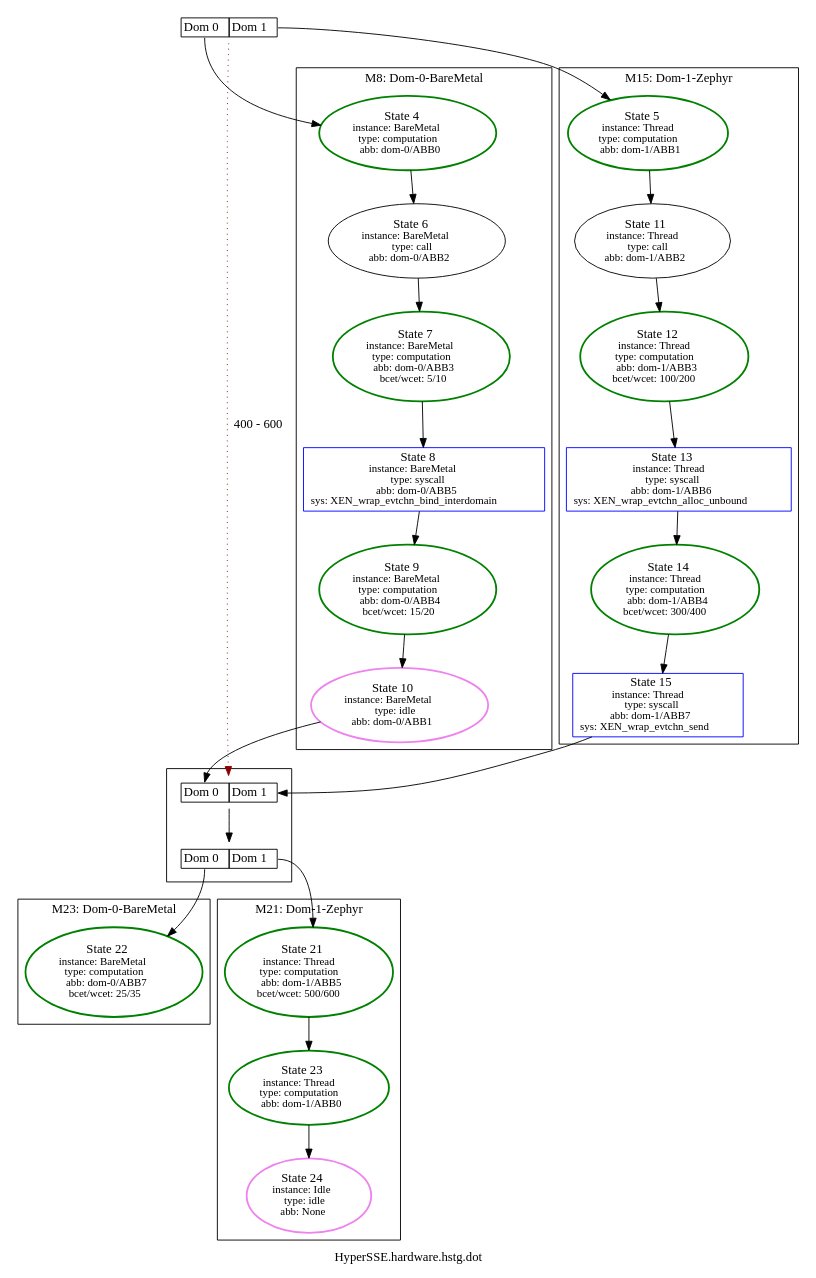
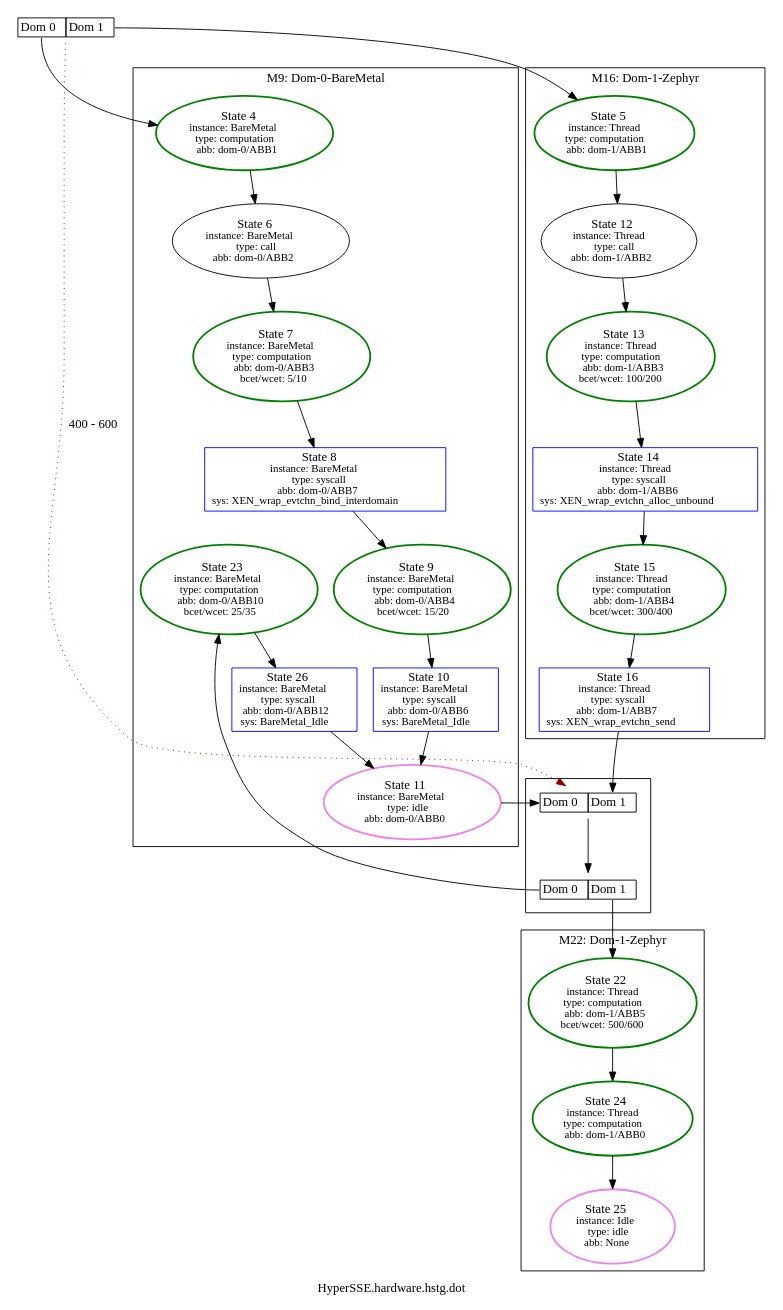
The diagram in appl/Xen/hardware/HyperSSE.hardware.hstg.dot (luhsra/ara), drawn with Graphviz before and after one commit. The commit also changed 6 other files, not shown here.

Commit message:
BareMetal: rework Callback context, fix tests

```diff
--- a/appl/Xen/hardware/HyperSSE.hardware.hstg.dot
+++ b/appl/Xen/hardware/HyperSSE.hardware.hstg.dot
@@ -1,62 +1,63 @@
 digraph G {
 label="HyperSSE.hardware.hstg.dot";
 1 [label=<<TABLE BORDER="0" CELLBORDER="1" CELLSPACING="0"><TR><TD PORT="c0">Dom 0</TD><TD PORT="c1">Dom 1</TD></TR></TABLE>>, shape=plaintext, tooltip=1];
-subgraph cluster_8 {
-label="M8: Dom-0-BareMetal";
-2 [color=green, fontsize=14, label=<State 4<br/><font point-size='12'>instance: BareMetal<br/>type: computation<br/>abb: dom-0/ABB0</font>>, style=bold, tooltip=2];
+subgraph cluster_9 {
+label="M9: Dom-0-BareMetal";
+2 [color=green, fontsize=14, label=<State 4<br/><font point-size='12'>instance: BareMetal<br/>type: computation<br/>abb: dom-0/ABB1</font>>, style=bold, tooltip=2];
 3 [fontsize=14, label=<State 6<br/><font point-size='12'>instance: BareMetal<br/>type: call<br/>abb: dom-0/ABB2</font>>, tooltip=3];
 4 [color=green, fontsize=14, label=<State 7<br/><font point-size='12'>instance: BareMetal<br/>type: computation<br/>abb: dom-0/ABB3<br/>bcet/wcet: 5/10</font>>, style=bold, tooltip=4];
-5 [color=blue, fontsize=14, label=<State 8<br/><font point-size='12'>instance: BareMetal<br/>type: syscall<br/>abb: dom-0/ABB5<br/>sys: XEN_wrap_evtchn_bind_interdomain</font>>, shape=box, tooltip=5];
+5 [color=blue, fontsize=14, label=<State 8<br/><font point-size='12'>instance: BareMetal<br/>type: syscall<br/>abb: dom-0/ABB7<br/>sys: XEN_wrap_evtchn_bind_interdomain</font>>, shape=box, tooltip=5];
 6 [color=green, fontsize=14, label=<State 9<br/><font point-size='12'>instance: BareMetal<br/>type: computation<br/>abb: dom-0/ABB4<br/>bcet/wcet: 15/20</font>>, style=bold, tooltip=6];
-7 [color=violet, fontsize=14, label=<State 10<br/><font point-size='12'>instance: BareMetal<br/>type: idle<br/>abb: dom-0/ABB1</font>>, style=bold, tooltip=7];
+7 [color=blue, fontsize=14, label=<State 10<br/><font point-size='12'>instance: BareMetal<br/>type: syscall<br/>abb: dom-0/ABB6<br/>sys: BareMetal_Idle</font>>, shape=box, tooltip=7];
+8 [color=violet, fontsize=14, label=<State 11<br/><font point-size='12'>instance: BareMetal<br/>type: idle<br/>abb: dom-0/ABB0</font>>, style=bold, tooltip=8];
+24 [color=blue, fontsize=14, label=<State 26<br/><font point-size='12'>instance: BareMetal<br/>type: syscall<br/>abb: dom-0/ABB12<br/>sys: BareMetal_Idle</font>>, shape=box, tooltip=24];
+23 [color=green, fontsize=14, label=<State 23<br/><font point-size='12'>instance: BareMetal<br/>type: computation<br/>abb: dom-0/ABB10<br/>bcet/wcet: 25/35</font>>, style=bold, tooltip=23];
 }
 
-subgraph cluster_15 {
-label="M15: Dom-1-Zephyr";
-9 [color=green, fontsize=14, label=<State 5<br/><font point-size='12'>instance: Thread<br/>type: computation<br/>abb: dom-1/ABB1</font>>, style=bold, tooltip=9];
-10 [fontsize=14, label=<State 11<br/><font point-size='12'>instance: Thread<br/>type: call<br/>abb: dom-1/ABB2</font>>, tooltip=10];
-11 [color=green, fontsize=14, label=<State 12<br/><font point-size='12'>instance: Thread<br/>type: computation<br/>abb: dom-1/ABB3<br/>bcet/wcet: 100/200</font>>, style=bold, tooltip=11];
-12 [color=blue, fontsize=14, label=<State 13<br/><font point-size='12'>instance: Thread<br/>type: syscall<br/>abb: dom-1/ABB6<br/>sys: XEN_wrap_evtchn_alloc_unbound</font>>, shape=box, tooltip=12];
-13 [color=green, fontsize=14, label=<State 14<br/><font point-size='12'>instance: Thread<br/>type: computation<br/>abb: dom-1/ABB4<br/>bcet/wcet: 300/400</font>>, style=bold, tooltip=13];
-14 [color=blue, fontsize=14, label=<State 15<br/><font point-size='12'>instance: Thread<br/>type: syscall<br/>abb: dom-1/ABB7<br/>sys: XEN_wrap_evtchn_send</font>>, shape=box, tooltip=14];
+subgraph cluster_16 {
+label="M16: Dom-1-Zephyr";
+10 [color=green, fontsize=14, label=<State 5<br/><font point-size='12'>instance: Thread<br/>type: computation<br/>abb: dom-1/ABB1</font>>, style=bold, tooltip=10];
+11 [fontsize=14, label=<State 12<br/><font point-size='12'>instance: Thread<br/>type: call<br/>abb: dom-1/ABB2</font>>, tooltip=11];
+12 [color=green, fontsize=14, label=<State 13<br/><font point-size='12'>instance: Thread<br/>type: computation<br/>abb: dom-1/ABB3<br/>bcet/wcet: 100/200</font>>, style=bold, tooltip=12];
+13 [color=blue, fontsize=14, label=<State 14<br/><font point-size='12'>instance: Thread<br/>type: syscall<br/>abb: dom-1/ABB6<br/>sys: XEN_wrap_evtchn_alloc_unbound</font>>, shape=box, tooltip=13];
+14 [color=green, fontsize=14, label=<State 15<br/><font point-size='12'>instance: Thread<br/>type: computation<br/>abb: dom-1/ABB4<br/>bcet/wcet: 300/400</font>>, style=bold, tooltip=14];
+15 [color=blue, fontsize=14, label=<State 16<br/><font point-size='12'>instance: Thread<br/>type: syscall<br/>abb: dom-1/ABB7<br/>sys: XEN_wrap_evtchn_send</font>>, shape=box, tooltip=15];
 }
 
-subgraph cluster_23 {
-label="M23: Dom-0-BareMetal";
-22 [color=green, fontsize=14, label=<State 22<br/><font point-size='12'>instance: BareMetal<br/>type: computation<br/>abb: dom-0/ABB7<br/>bcet/wcet: 25/35</font>>, style=bold, tooltip=22];
+subgraph cluster_22 {
+label="M22: Dom-1-Zephyr";
+19 [color=green, fontsize=14, label=<State 22<br/><font point-size='12'>instance: Thread<br/>type: computation<br/>abb: dom-1/ABB5<br/>bcet/wcet: 500/600</font>>, style=bold, tooltip=19];
+20 [color=green, fontsize=14, label=<State 24<br/><font point-size='12'>instance: Thread<br/>type: computation<br/>abb: dom-1/ABB0</font>>, style=bold, tooltip=20];
+21 [color=violet, fontsize=14, label=<State 25<br/><font point-size='12'>instance: Idle<br/>type: idle<br/>abb: None</font>>, style=bold, tooltip=21];
 }
 
-subgraph cluster_21 {
-label="M21: Dom-1-Zephyr";
-18 [color=green, fontsize=14, label=<State 21<br/><font point-size='12'>instance: Thread<br/>type: computation<br/>abb: dom-1/ABB5<br/>bcet/wcet: 500/600</font>>, style=bold, tooltip=18];
-19 [color=green, fontsize=14, label=<State 23<br/><font point-size='12'>instance: Thread<br/>type: computation<br/>abb: dom-1/ABB0</font>>, style=bold, tooltip=19];
-20 [color=violet, fontsize=14, label=<State 24<br/><font point-size='12'>instance: Idle<br/>type: idle<br/>abb: None</font>>, style=bold, tooltip=20];
-}
-
-subgraph cluster_Metasync16 {
+subgraph cluster_Metasync17 {
 label="";
-16 [label=<<TABLE BORDER="0" CELLBORDER="1" CELLSPACING="0"><TR><TD PORT="c0">Dom 0</TD><TD PORT="c1">Dom 1</TD></TR></TABLE>>, shape=plaintext, tooltip=16];
 17 [label=<<TABLE BORDER="0" CELLBORDER="1" CELLSPACING="0"><TR><TD PORT="c0">Dom 0</TD><TD PORT="c1">Dom 1</TD></TR></TABLE>>, shape=plaintext, tooltip=17];
+18 [label=<<TABLE BORDER="0" CELLBORDER="1" CELLSPACING="0"><TR><TD PORT="c0">Dom 0</TD><TD PORT="c1">Dom 1</TD></TR></TABLE>>, shape=plaintext, tooltip=18];
 }
 
 1:c0 -> 2  [color=black];
-1:c1 -> 9  [color=black];
-1 -> 16  [color=darkred, label="400 - 600", style=dotted];
+1:c1 -> 10  [color=black];
+1 -> 17  [color=darkred, label="400 - 600", style=dotted];
 2 -> 3  [color=black];
 3 -> 4  [color=black];
 4 -> 5  [color=black];
 5 -> 6  [color=black];
 6 -> 7  [color=black];
-7 -> 16:c0  [color=black];
-9 -> 10  [color=black];
+7 -> 8  [color=black];
+8 -> 17:c0  [color=black];
 10 -> 11  [color=black];
 11 -> 12  [color=black];
 12 -> 13  [color=black];
 13 -> 14  [color=black];
-14 -> 16:c1  [color=black];
-16 -> 17  [color=black];
-17:c1 -> 18  [color=black];
-17:c0 -> 22  [color=black];
-18 -> 19  [color=black];
+14 -> 15  [color=black];
+15 -> 17:c1  [color=black];
+17 -> 18  [color=black];
+18:c1 -> 19  [color=black];
+18:c0 -> 23  [color=black];
 19 -> 20  [color=black];
+20 -> 21  [color=black];
+23 -> 24  [color=black];
+24 -> 8  [color=black];
 }
```
